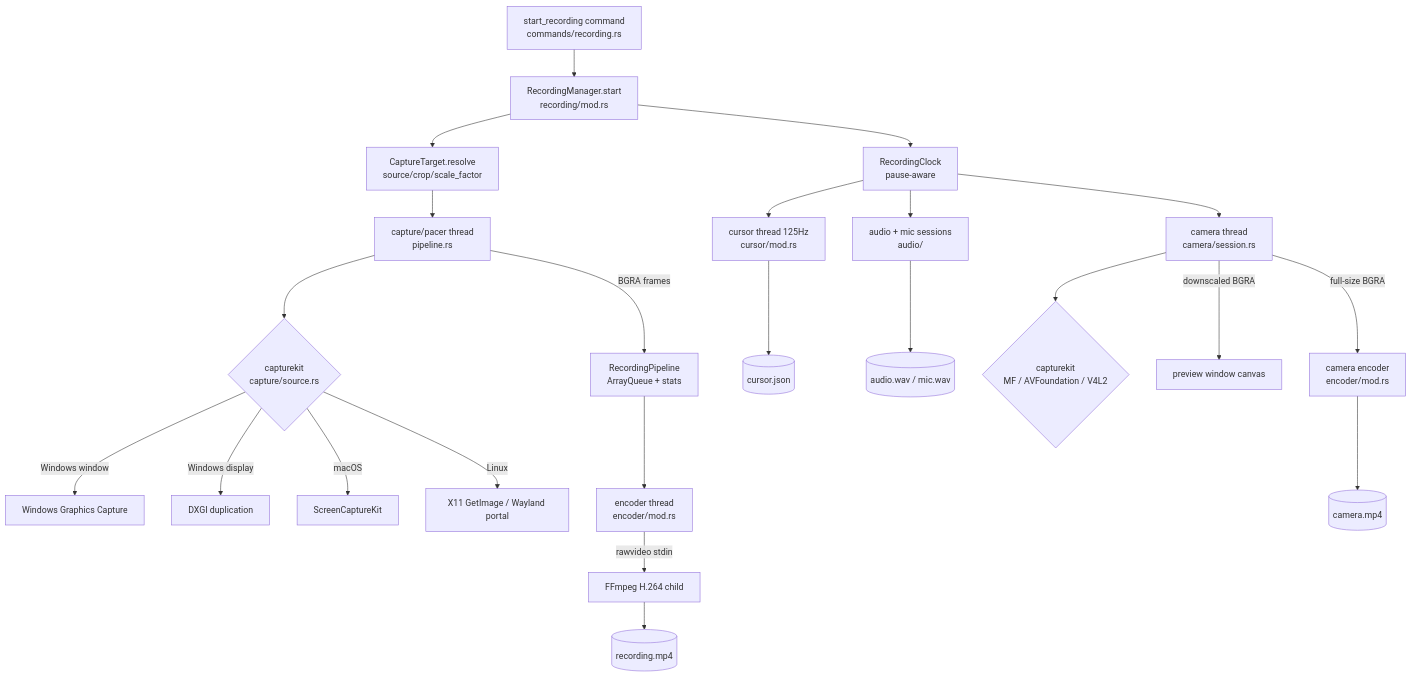
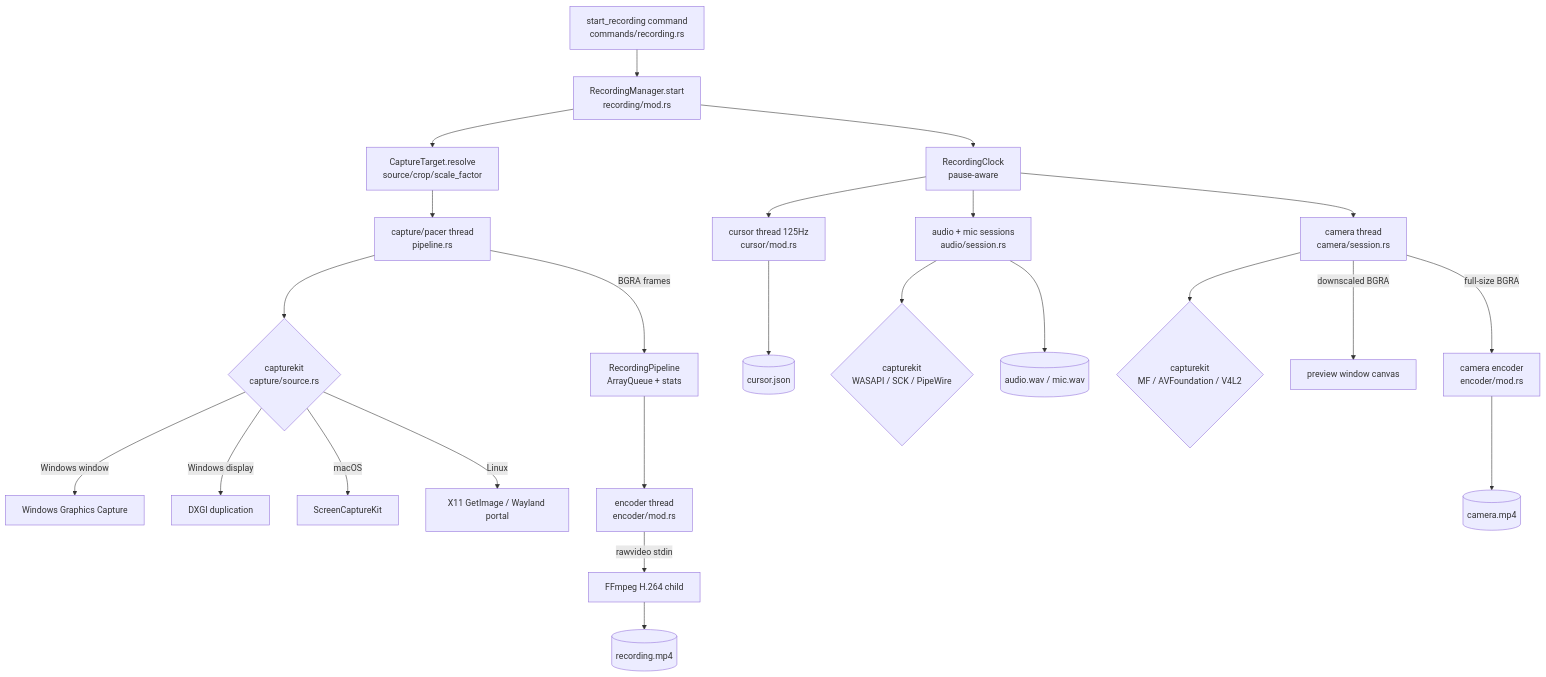
One commit to kanakkholwal/recast changed the first of 2 diagrams in apps/web/content/architecture/recording-pipeline.md. Above: the diagram before and after it, drawn with Mermaid. The commit also changed other lines of this file and 21 other files, not shown here.

First line of the commit message:
Refactor audio capture to use capturekit and improve silence handling

````diff
--- a/apps/web/content/architecture/recording-pipeline.md
+++ b/apps/web/content/architecture/recording-pipeline.md
@@ -71,29 +72,30 @@
 ```mermaid
 flowchart TD
     CMD[start_recording command<br/>commands/recording.rs] --> RM[RecordingManager.start<br/>recording/mod.rs]
     RM --> CT[CaptureTarget.resolve<br/>source/crop/scale_factor]
     RM --> CLOCK[RecordingClock<br/>pause-aware]
 
     CT --> CAP[capture/pacer thread<br/>pipeline.rs]
     CAP --> SRC{capturekit<br/>capture/source.rs}
     SRC -->|Windows window| WGC[Windows Graphics Capture]
     SRC -->|Windows display| DXGI[DXGI duplication]
     SRC -->|macOS| SCK[ScreenCaptureKit]
     SRC -->|Linux| X11WL[X11 GetImage / Wayland portal]
 
     CAP -->|BGRA frames| Q[RecordingPipeline<br/>ArrayQueue + stats]
     Q --> ENC[encoder thread<br/>encoder/mod.rs]
     ENC -->|rawvideo stdin| FF[FFmpeg H.264 child]
     FF --> MP4[(recording.mp4)]
 
     CLOCK --> CUR[cursor thread 125Hz<br/>cursor/mod.rs]
     CUR --> CJSON[(cursor.json)]
-    CLOCK --> AUD[audio + mic sessions<br/>audio/]
+    CLOCK --> AUD[audio + mic sessions<br/>audio/session.rs]
+    AUD --> AUDK{capturekit<br/>WASAPI / SCK / PipeWire}
     AUD --> WAV[(audio.wav / mic.wav)]
 
     CLOCK --> CAM[camera thread<br/>camera/session.rs]
     CAM --> CAPK{capturekit<br/>MF / AVFoundation / V4L2}
     CAM -->|downscaled BGRA| BUBBLE[preview window canvas]
     CAM -->|full-size BGRA| CENC[camera encoder<br/>encoder/mod.rs]
     CENC --> CAMFILE[(camera.mp4)]
 ```
````
